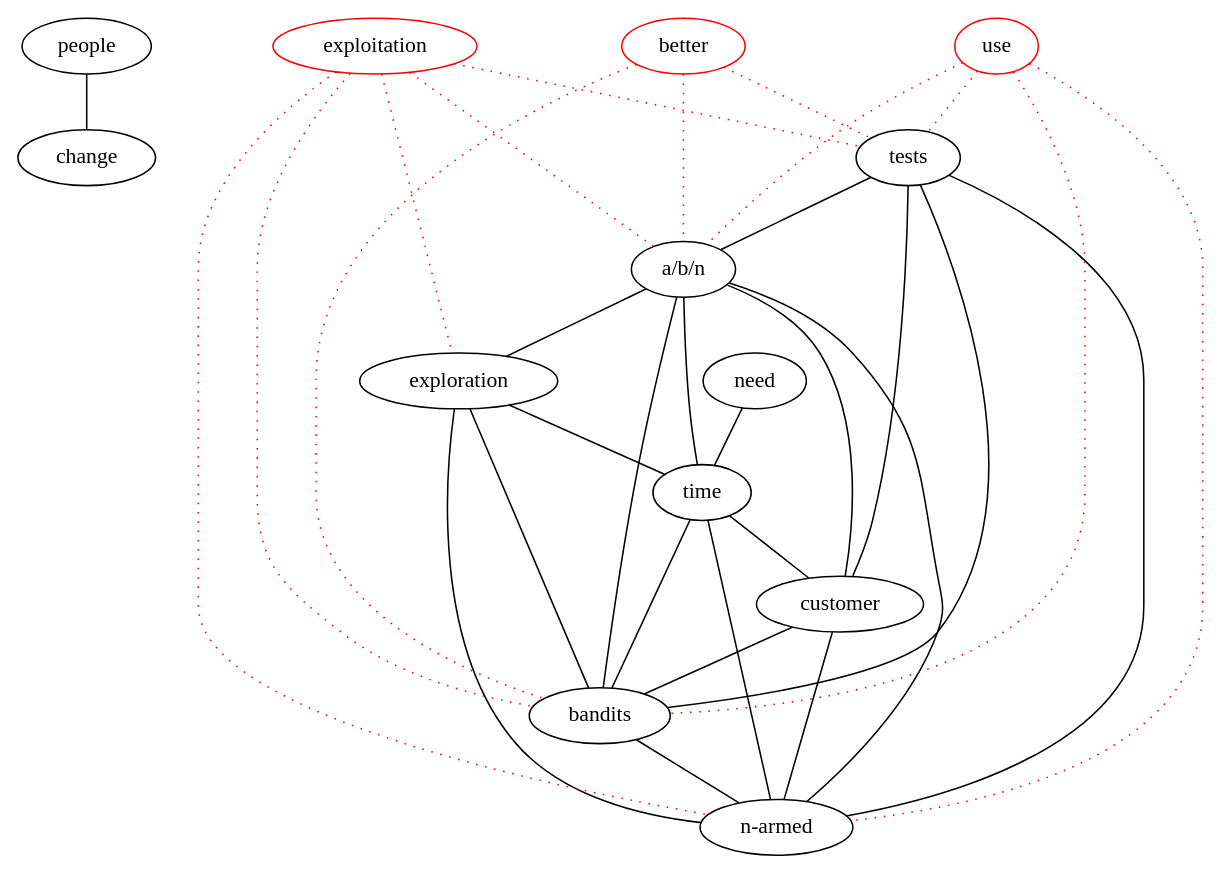
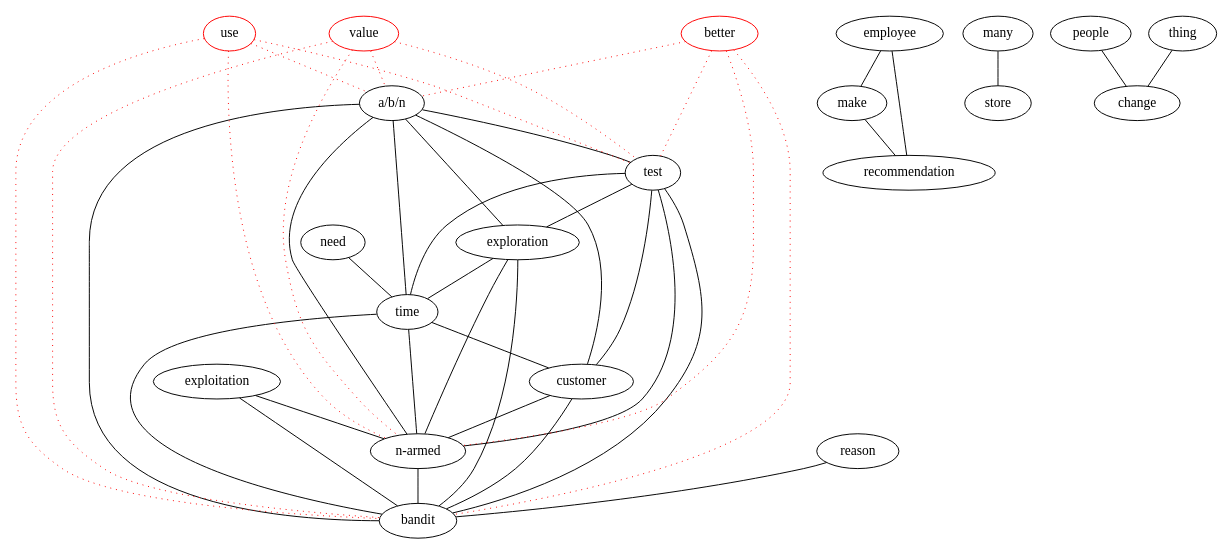
One commit to michaelweiss/keygraph changed the diagram in dot/actions.dot. Above: the diagram before and after it, drawn with Graphviz. The commit also changed 5 other files, not shown here.

```diff
--- a/dot/actions.dot
+++ b/dot/actions.dot
@@ -1,48 +1,66 @@
 graph keygraph {
 graph [size="10,10"]
+test [color="black"]
+make [color="black"]
+employee [color="black"]
+many [color="black"]
+store [color="black"]
+need [color="black"]
+"a/b/n" [color="black"]
+reason [color="black"]
+bandit [color="black"]
+people [color="black"]
 change [color="black"]
 "n-armed" [color="black"]
+exploitation [color="black"]
 exploration [color="black"]
+thing [color="black"]
+recommendation [color="black"]
 customer [color="black"]
-"a/b/n" [color="black"]
 time [color="black"]
-people [color="black"]
-need [color="black"]
-tests [color="black"]
-bandits [color="black"]
-exploitation [color="red"]
 use [color="red"]
+value [color="red"]
 better [color="red"]
-tests--customer
+reason--bandit
+employee--make
+employee--recommendation
+make--recommendation
+many--store
 "a/b/n"--exploration
 "a/b/n"--time
 "a/b/n"--customer
+test--exploration
+test--time
+test--customer
 people--change
+thing--change
 exploration--time
 need--time
 time--customer
-time--bandits
 time--"n-armed"
-customer--bandits
+time--bandit
 customer--"n-armed"
-exploration--bandits
+customer--bandit
+exploitation--"n-armed"
+exploitation--bandit
 exploration--"n-armed"
-tests--"a/b/n"
-tests--bandits
-tests--"n-armed"
-"a/b/n"--bandits
+exploration--bandit
 "a/b/n"--"n-armed"
-bandits--"n-armed"
+"a/b/n"--bandit
+test--"n-armed"
+test--bandit
+"a/b/n"--test
+"n-armed"--bandit
+value--test [color="red", style="dotted"]
+value--"a/b/n" [color="red", style="dotted"]
+value--bandit [color="red", style="dotted"]
+value--"n-armed" [color="red", style="dotted"]
+better--test [color="red", style="dotted"]
 better--"a/b/n" [color="red", style="dotted"]
-better--tests [color="red", style="dotted"]
-better--bandits [color="red", style="dotted"]
+better--bandit [color="red", style="dotted"]
+better--"n-armed" [color="red", style="dotted"]
+use--bandit [color="red", style="dotted"]
 use--"n-armed" [color="red", style="dotted"]
-use--tests [color="red", style="dotted"]
-use--bandits [color="red", style="dotted"]
-exploitation--exploration [color="red", style="dotted"]
-exploitation--"a/b/n" [color="red", style="dotted"]
-exploitation--tests [color="red", style="dotted"]
+use--test [color="red", style="dotted"]
 use--"a/b/n" [color="red", style="dotted"]
-exploitation--"n-armed" [color="red", style="dotted"]
-exploitation--bandits [color="red", style="dotted"]
 }
```
